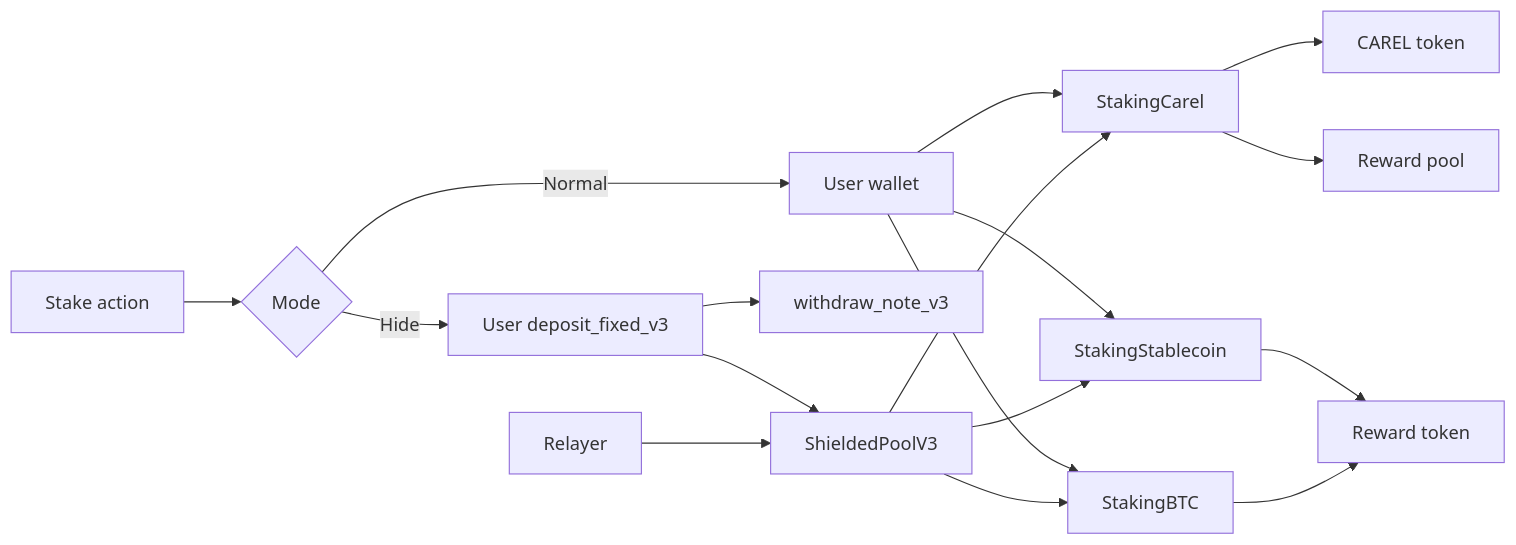
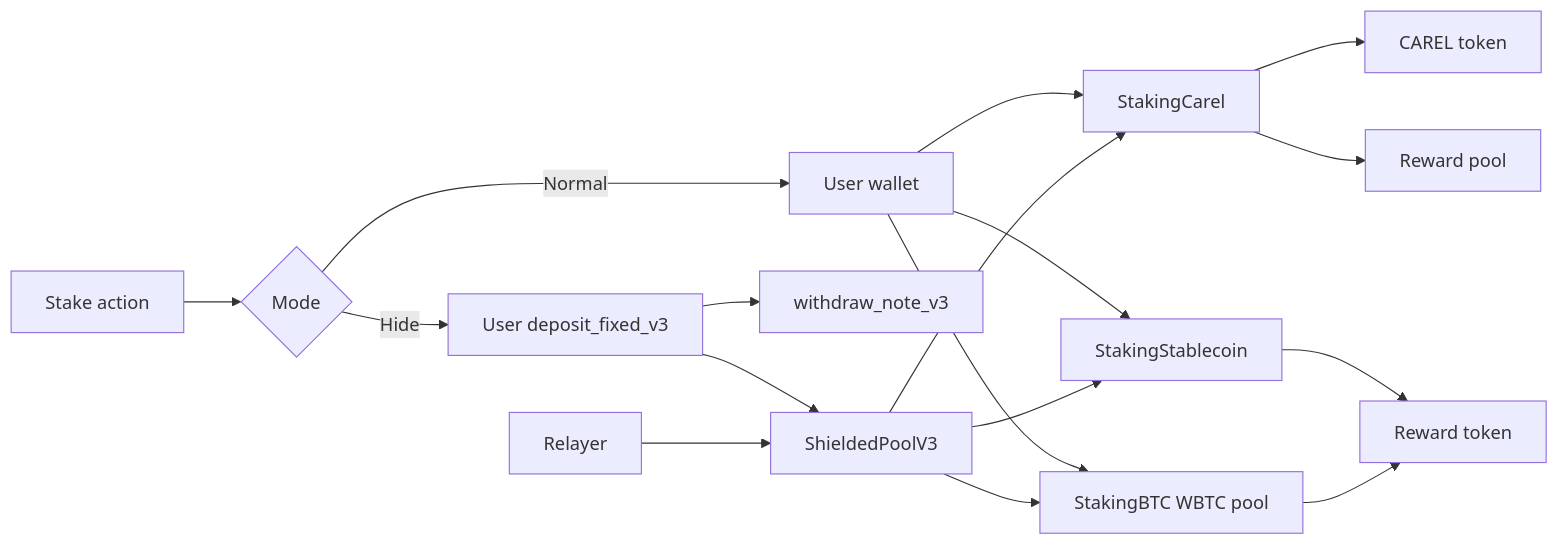
Before and after one commit to ntfound-dev/zkcarel_protocol: the fourth of 5 diagrams in smartcontract/README.md, drawn with Mermaid. The commit also changed 1 other file, not shown here.

Commit message:
docs: clarify stakingbtc as wbtc pool

````diff
--- a/smartcontract/README.md
+++ b/smartcontract/README.md
@@ -166,19 +166,19 @@
 ```mermaid
 flowchart LR
   A[Stake action] --> B{Mode}
   B -->|Normal| U[User wallet]
   U --> SCAREL[StakingCarel]
   U --> SSTABLE[StakingStablecoin]
-  U --> SBTC[StakingBTC]
+  U --> SBTC[StakingBTC WBTC pool]
   B -->|Hide| NOTE[User deposit_fixed_v3]
   NOTE --> WD[withdraw_note_v3]
   NOTE --> EXEC[ShieldedPoolV3]
   R[Relayer] --> EXEC
   EXEC --> SCAREL
   EXEC --> SSTABLE
   EXEC --> SBTC
   SCAREL --> CAREL[CAREL token]
   SCAREL --> RPOOL[Reward pool]
   SSTABLE --> RTOKEN[Reward token]
   SBTC --> RTOKEN
 ```
````
